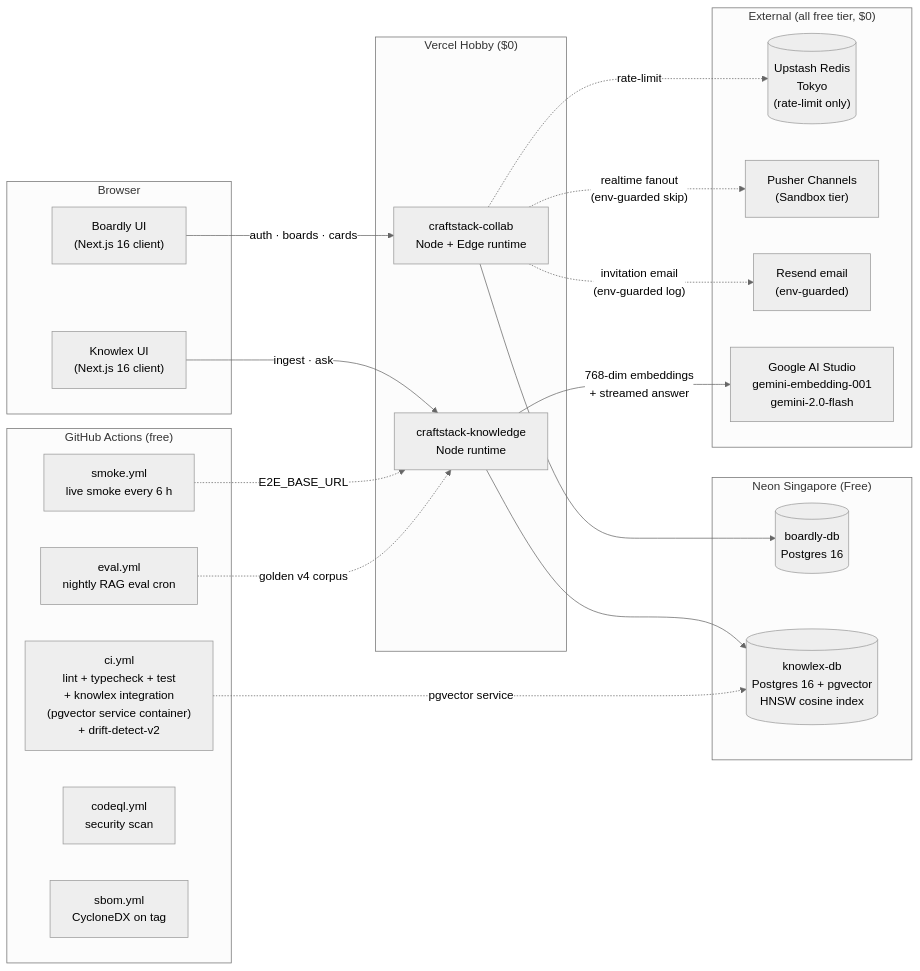
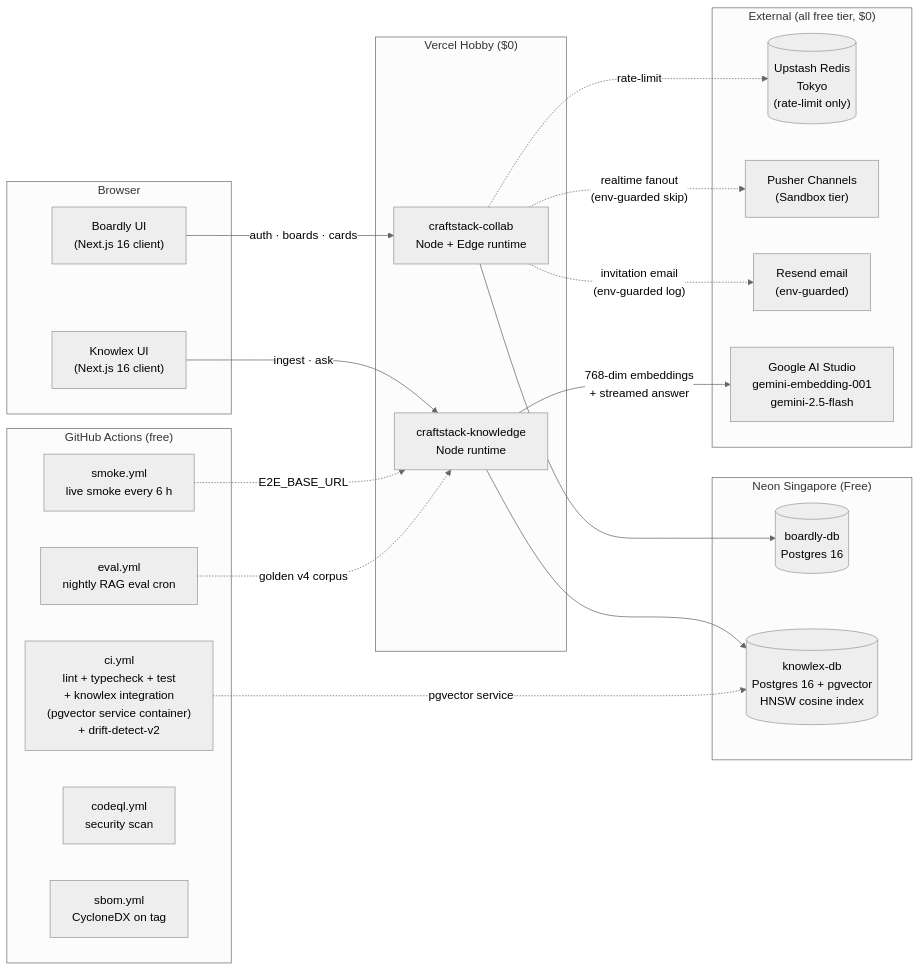
The diagram in docs/architecture/system-overview.md (leagames0221-sys/craftstack), drawn with Mermaid (neutral theme) before and after one commit. The commit also changed other lines of this file and 32 other files, not shown here.

````diff
--- a/docs/architecture/system-overview.md
+++ b/docs/architecture/system-overview.md
@@ -5,45 +5,45 @@
 ```mermaid
 flowchart LR
     subgraph client["Browser"]
         B_UI["Boardly UI<br/>(Next.js 16 client)"]
         K_UI["Knowlex UI<br/>(Next.js 16 client)"]
     end
 
     subgraph vercel["Vercel Hobby ($0)"]
         B_APP["craftstack-collab<br/>Node + Edge runtime"]
         K_APP["craftstack-knowledge<br/>Node runtime"]
     end
 
     subgraph neon["Neon Singapore (Free)"]
         B_DB[("boardly-db<br/>Postgres 16")]
         K_DB[("knowlex-db<br/>Postgres 16 + pgvector<br/>HNSW cosine index")]
     end
 
     subgraph ext["External (all free tier, $0)"]
         UPSTASH[("Upstash Redis<br/>Tokyo<br/>(rate-limit only)")]
         PUSHER["Pusher Channels<br/>(Sandbox tier)"]
         RESEND["Resend email<br/>(env-guarded)"]
-        GEMINI["Google AI Studio<br/>gemini-embedding-001<br/>gemini-2.0-flash"]
+        GEMINI["Google AI Studio<br/>gemini-embedding-001<br/>gemini-2.5-flash"]
     end
 
     subgraph ghci["GitHub Actions (free)"]
         CI["ci.yml<br/>lint + typecheck + test<br/>+ knowlex integration<br/>(pgvector service container)<br/>+ drift-detect-v2"]
         SMOKE["smoke.yml<br/>live smoke every 6 h"]
         EVAL["eval.yml<br/>nightly RAG eval cron"]
         CODEQL["codeql.yml<br/>security scan"]
         SBOM["sbom.yml<br/>CycloneDX on tag"]
     end
 
     B_UI -->|"auth · boards · cards"| B_APP
     K_UI -->|"ingest · ask"| K_APP
     B_APP --> B_DB
     K_APP --> K_DB
     K_APP -->|"768-dim embeddings<br/>+ streamed answer"| GEMINI
     B_APP -.->|"rate-limit"| UPSTASH
     B_APP -.->|"realtime fanout<br/>(env-guarded skip)"| PUSHER
     B_APP -.->|"invitation email<br/>(env-guarded log)"| RESEND
 
     SMOKE -.->|"E2E_BASE_URL"| K_APP
     EVAL -.->|"golden v4 corpus"| K_APP
     CI -.->|"pgvector service"| K_DB
 ```
````
